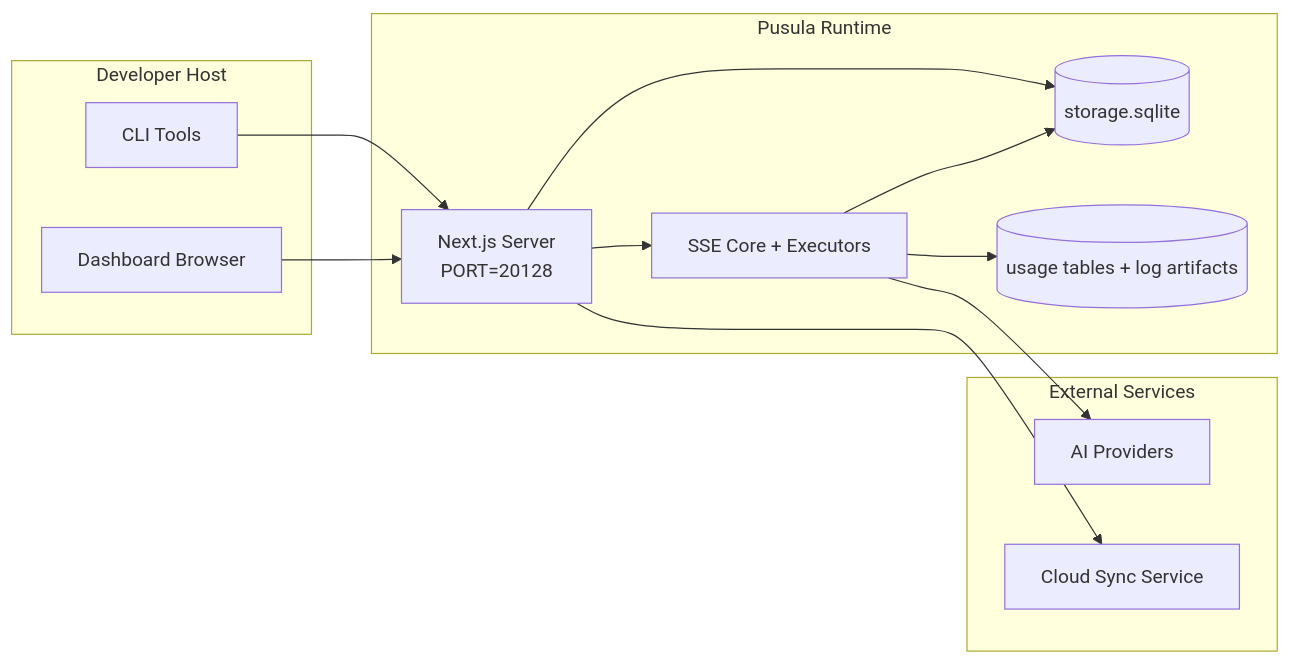
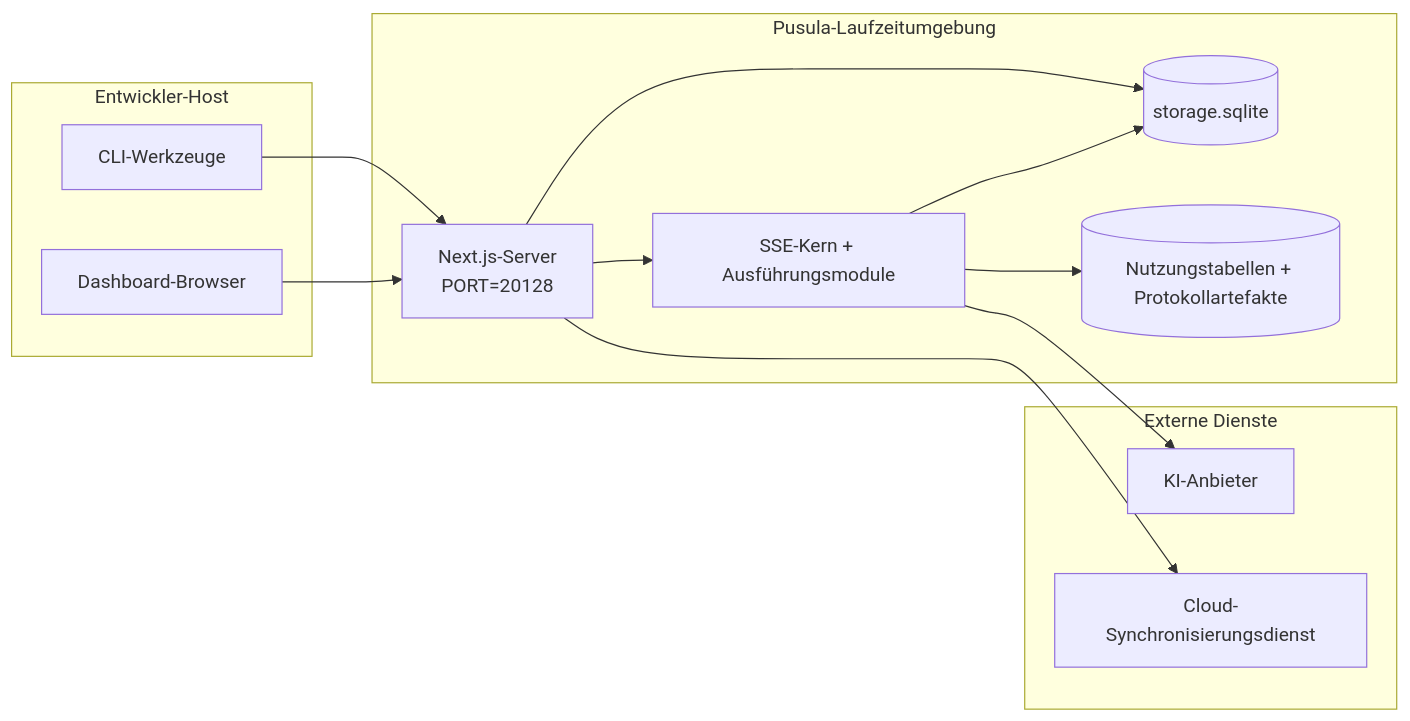
One commit to Ferhat-Yasinoglu/pusula changed the seventh of 7 diagrams in docs/i18n/de/docs/architecture/ARCHITECTURE.md. Above: the diagram before and after it, drawn with Mermaid. The commit also changed other lines of this file and 5314 other files, not shown here.

````diff
--- a/docs/i18n/de/docs/architecture/ARCHITECTURE.md
+++ b/docs/i18n/de/docs/architecture/ARCHITECTURE.md
@@ -770,28 +802,28 @@
 ```mermaid
 flowchart LR
-    subgraph LocalHost[Developer Host]
-        CLI[CLI Tools]
-        Browser[Dashboard Browser]
+    subgraph LocalHost[Entwickler-Host]
+        CLI[CLI-Werkzeuge]
+        Browser[Dashboard-Browser]
     end
 
-    subgraph ContainerOrProcess[Pusula Runtime]
-        Next[Next.js Server\nPORT=20128]
-        Core[SSE Core + Executors]
+    subgraph ContainerOrProcess[Pusula-Laufzeitumgebung]
+        Next[Next.js-Server\nPORT=20128]
+        Core[SSE-Kern + Ausführungsmodule]
         MainDB[(storage.sqlite)]
-        UsageDB[(usage tables + log artifacts)]
+        UsageDB[(Nutzungstabellen + Protokollartefakte)]
     end
 
-    subgraph External[External Services]
-        Providers[AI Providers]
-        SyncCloud[Cloud Sync Service]
+    subgraph External[Externe Dienste]
+        Providers[KI-Anbieter]
+        SyncCloud[Cloud-Synchronisierungsdienst]
     end
 
     CLI --> Next
     Browser --> Next
     Next --> Core
     Next --> MainDB
     Core --> MainDB
     Core --> UsageDB
     Core --> Providers
     Next --> SyncCloud
 ```
````
